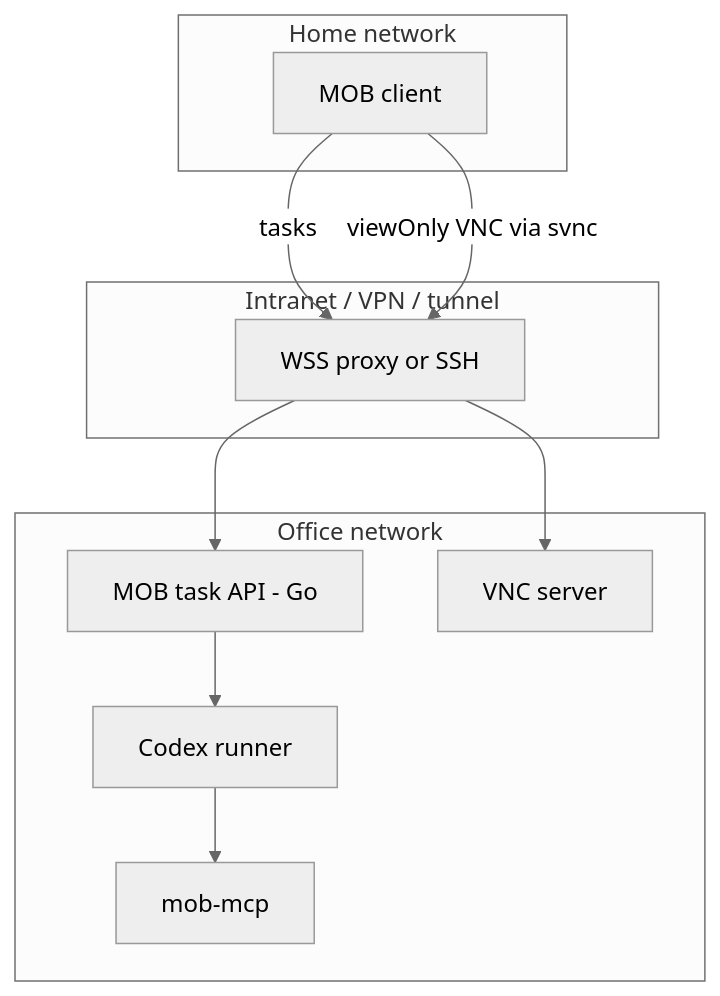
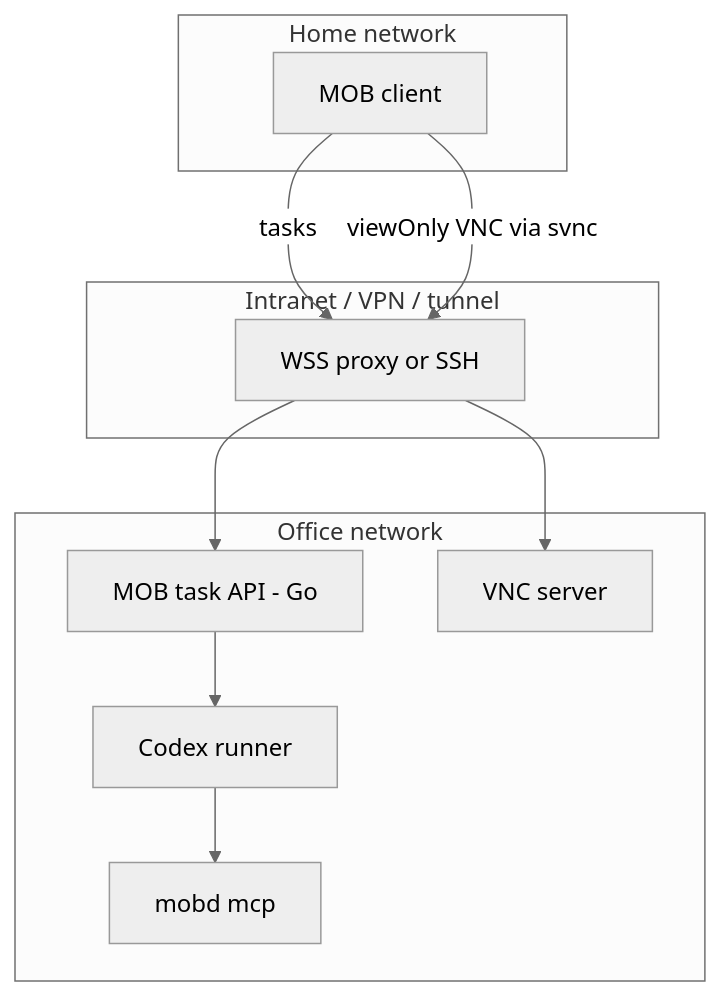
Before and after one commit to CooCoode/mob: the diagram in docs/architecture.md, drawn with Mermaid (neutral theme). The commit also changed other lines of this file and 42 other files, not shown here.

````diff
--- a/docs/architecture.md
+++ b/docs/architecture.md
@@ -72,22 +71,22 @@
 ```mermaid
 flowchart TB
   subgraph home [Home network]
     C[MOB client]
   end
 
   subgraph edge [Intranet / VPN / tunnel]
     T[WSS proxy or SSH]
   end
 
   subgraph officeNet [Office network]
     API[MOB task API - Go]
     Runner[Codex runner]
-    MCP[mob-mcp]
+    MCP[mobd mcp]
     VNC[VNC server]
   end
 
   C -->|tasks| T --> API
   API --> Runner
   Runner --> MCP
   C -->|viewOnly VNC via svnc| T --> VNC
 ```
````
